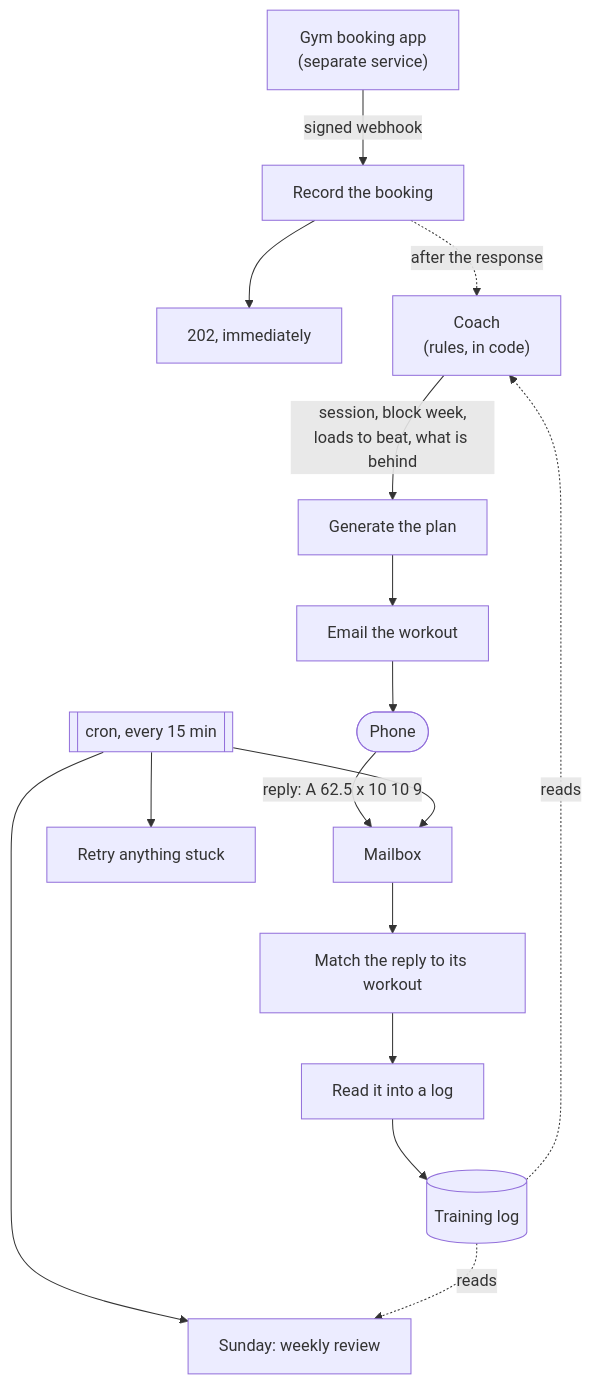
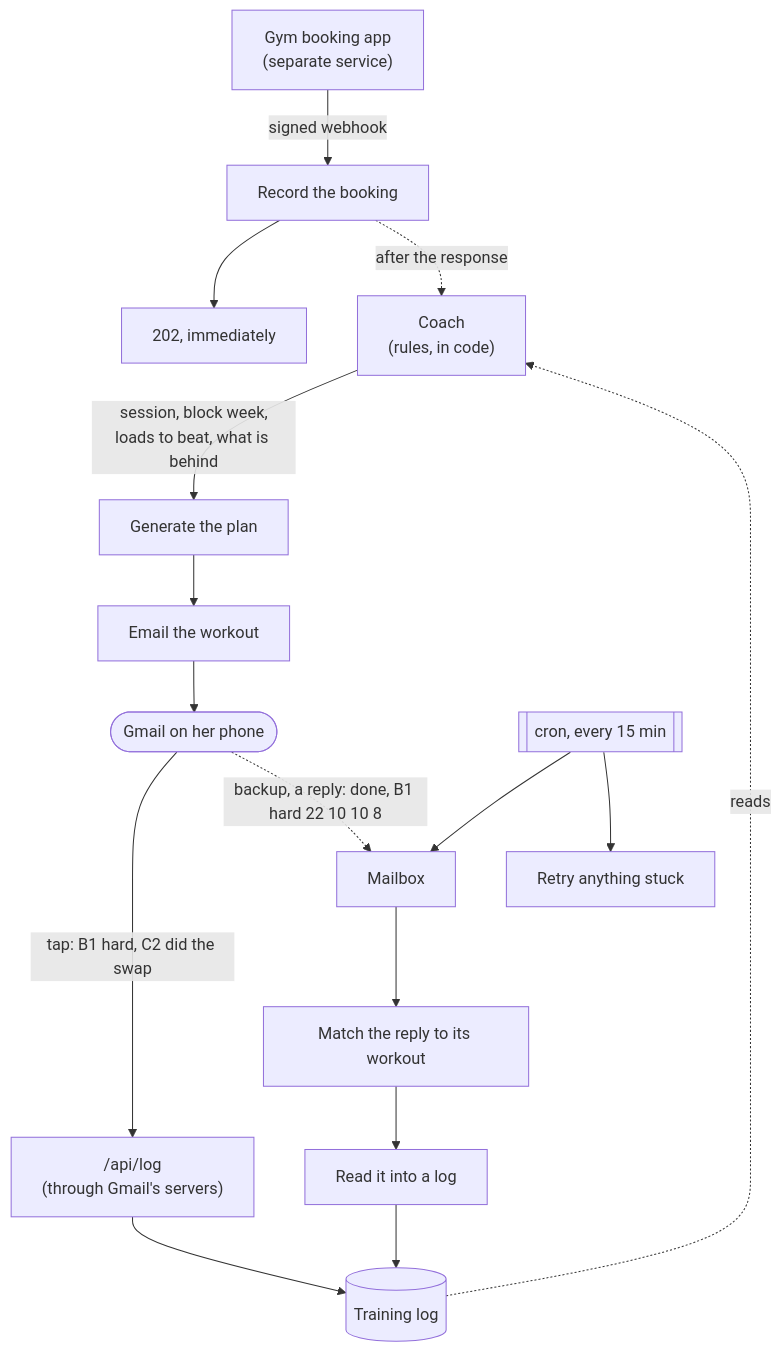
Before and after one commit to 604annabelle-maker/workout-loop: the diagram in README.md, drawn with Mermaid. The commit also changed other lines of this file and 605 other files, not shown here.

````diff
--- a/README.md
+++ b/README.md
@@ -6,18 +6,18 @@
 ```mermaid
 flowchart TD
     A["Gym booking app<br/>(separate service)"] -->|signed webhook| B[Record the booking]
     B --> C[202, immediately]
     B -.after the response.-> D["Coach<br/>(rules, in code)"]
     D -->|"session, block week,<br/>loads to beat, what is behind"| E[Generate the plan]
     E --> F[Email the workout]
-    F --> G([Phone])
-    G -->|"reply: A 62.5 x 10 10 9"| H[Mailbox]
+    F --> G([Gmail on her phone])
+    G -->|"tap: B1 hard, C2 did the swap"| T["/api/log<br/>(through Gmail's servers)"]
+    T --> M[(Training log)]
+    G -.->|"backup, a reply: done, B1 hard 22 10 10 8"| H[Mailbox]
     I[["cron, every 15 min"]] --> H
     I --> J[Retry anything stuck]
     H --> K[Match the reply to its workout]
     K --> L[Read it into a log]
-    L --> M[(Training log)]
+    L --> M
     M -.reads.-> D
-    I --> N[Sunday: weekly review]
-    M -.reads.-> N
 ```
````
